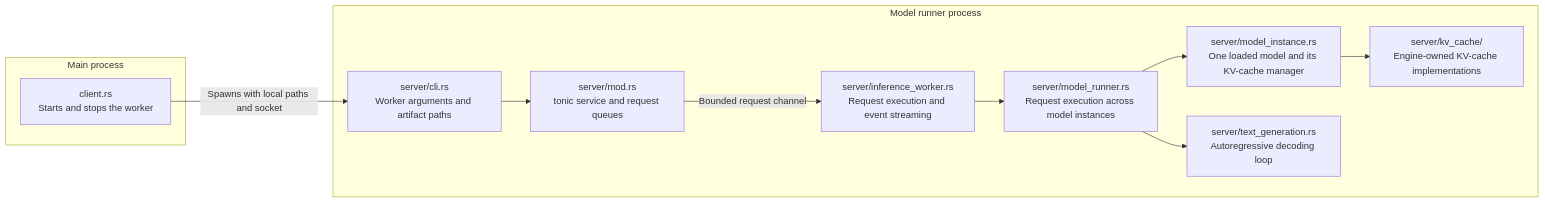
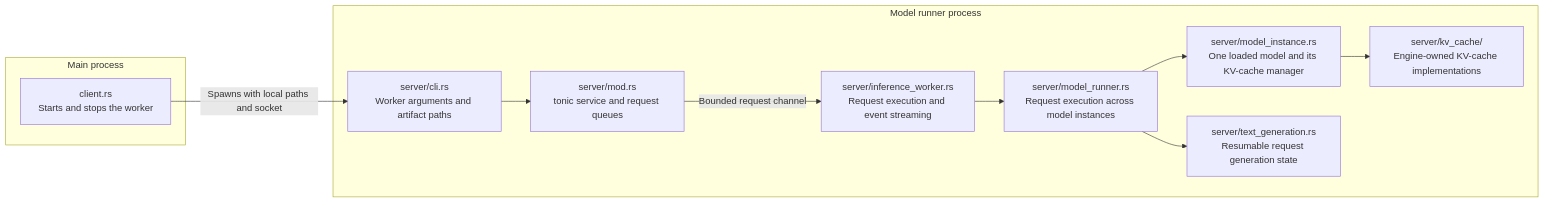
One commit to lun0522/mini-vllm-rs changed the first of 2 diagrams in src/model_runner/README.md. Above: the diagram before and after it, drawn with Mermaid. The commit also changed other lines of this file and 4 other files, not shown here.

First line of the commit message:
Refactor: Make text generation resumable between execution steps

````diff
--- a/src/model_runner/README.md
+++ b/src/model_runner/README.md
@@ -6,24 +6,24 @@
 ```mermaid
 flowchart LR
     subgraph Main[Main process]
         Client["client.rs<br/>Starts and stops the worker"]
     end
 
     subgraph Worker[Model runner process]
         Server["server/mod.rs<br/>tonic service and request queues"]
         Cli["server/cli.rs<br/>Worker arguments and artifact paths"]
         KvCache["server/kv_cache/<br/>Engine-owned KV-cache implementations"]
         InferenceWorker["server/inference_worker.rs<br/>Request execution and event streaming"]
         ModelRunner["server/model_runner.rs<br/>Request execution across model instances"]
         ModelInstance["server/model_instance.rs<br/>One loaded model and its KV-cache manager"]
-        TextGeneration["server/text_generation.rs<br/>Autoregressive decoding loop"]
+        TextGeneration["server/text_generation.rs<br/>Resumable request generation state"]
     end
 
     Client -->|"Spawns with local paths and socket"| Cli
     Cli --> Server
     Server -->|"Bounded request channel"| InferenceWorker
     InferenceWorker --> ModelRunner
     ModelRunner --> ModelInstance
     ModelInstance --> KvCache
     ModelRunner --> TextGeneration
 ```
````
